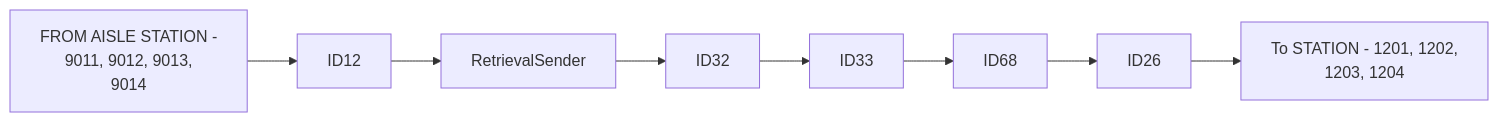
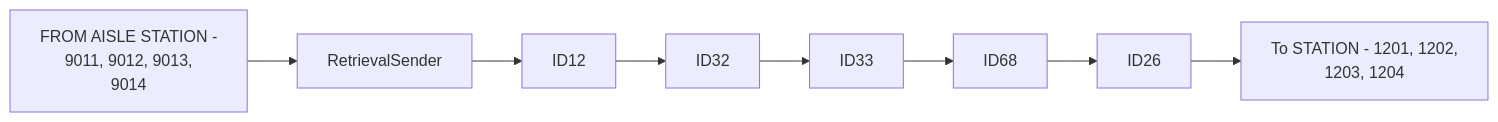
The first of 8 diagrams in Basic-Design/DFD-WMS/Retrieval/Planned-Retrieval-to-OP-Area-(PKG).md (luthfiadityaa/SimeDarby-Wiki), drawn with Mermaid before and after one commit.

Commit message:
Updated Planned Retrieval to OP Area (PKG)

```diff
--- a/Basic-Design/DFD-WMS/Retrieval/Planned-Retrieval-to-OP-Area-(PKG).md
+++ b/Basic-Design/DFD-WMS/Retrieval/Planned-Retrieval-to-OP-Area-(PKG).md
@@ -11,8 +11,8 @@
 ::: mermaid
 flowchart LR
   
 P1[FROM AISLE STATION - 
 9011, 9012, 9013, 
-9014]-->P21[ID12]-->P2[RetrievalSender]-->P3[ID32]-->P4[ID33]-->P6[ID68]-->P7[ID26]-->P8[To STATION - 1201, 1202, 
+9014]-->P2[RetrievalSender]-->P21[ID12]-->P3[ID32]-->P4[ID33]-->P6[ID68]-->P7[ID26]-->P8[To STATION - 1201, 1202, 
 1203, 1204] 
 :::
```
